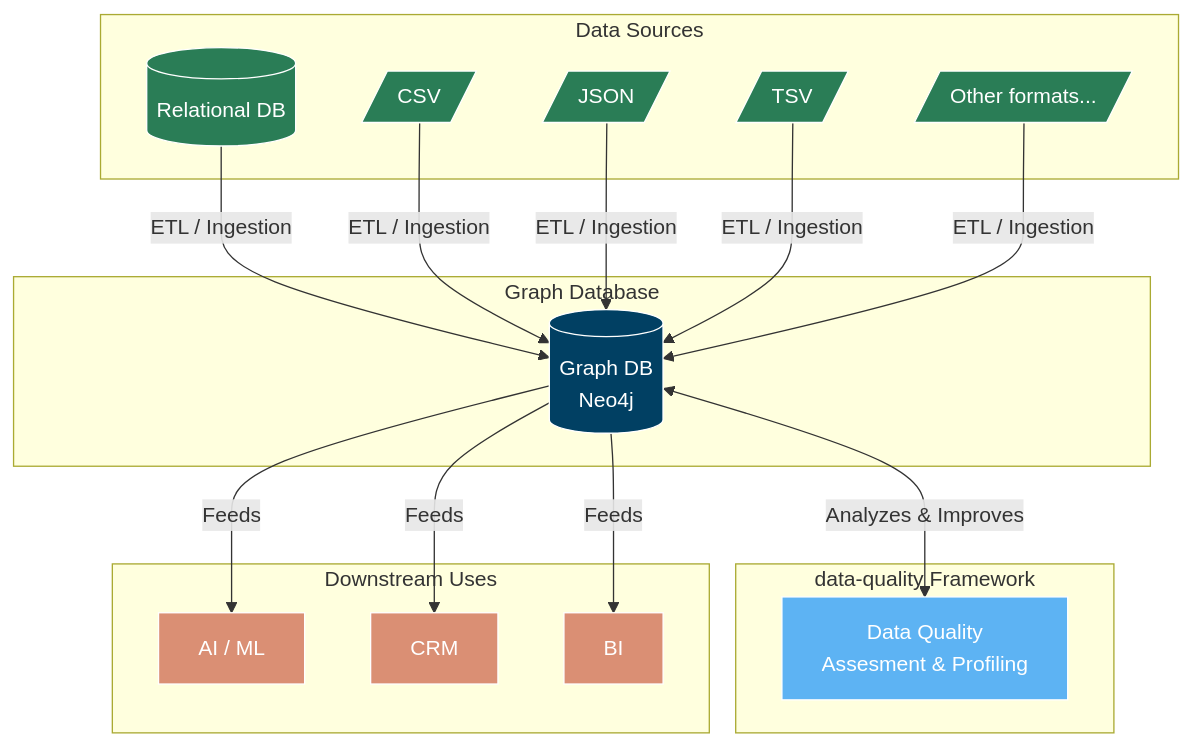
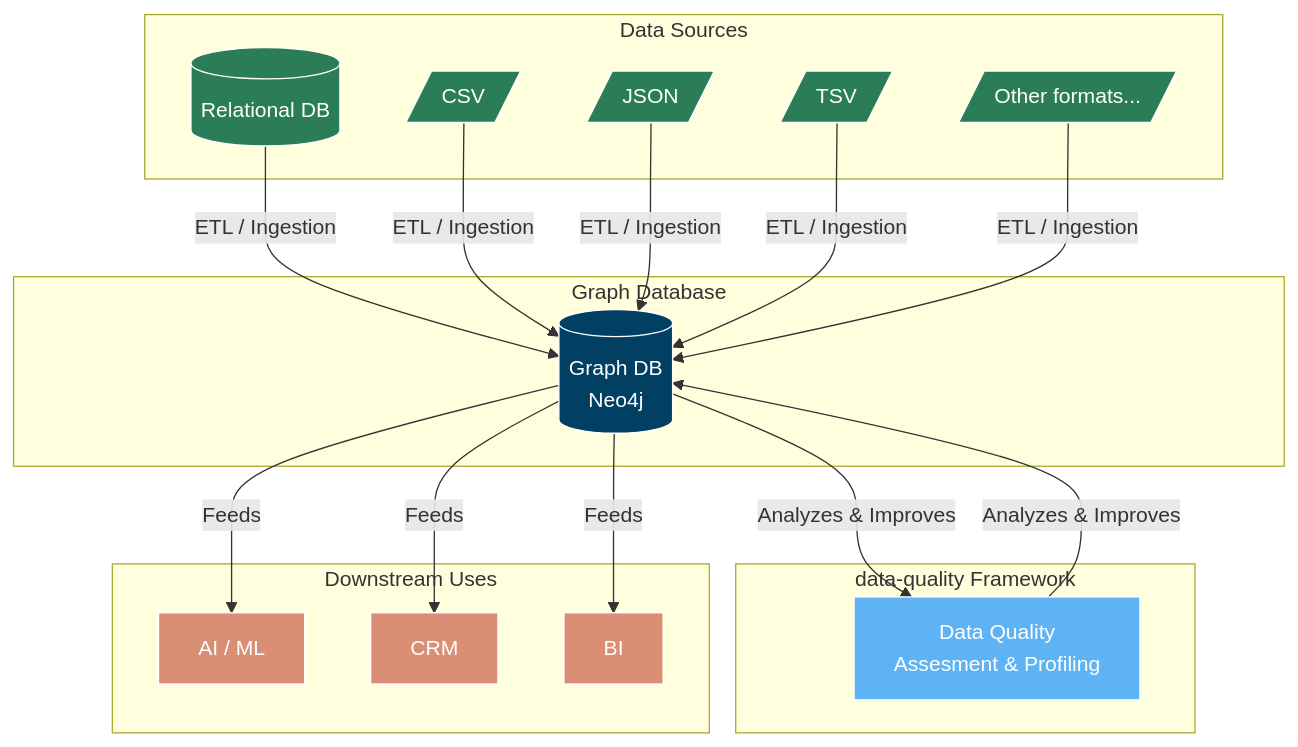
The diagram in README.md (LugolBis/data-quality), drawn with Mermaid before and after one commit.

````diff
--- a/README.md
+++ b/README.md
@@ -6,49 +6,50 @@
 ```mermaid
 flowchart TD
     subgraph SOURCES["Data Sources"]
         DB[(Relational DB)]
         CSV[/CSV/]
         JSON[/JSON/]
         TSV[/TSV/]
         OTHER[/Other formats.../]
     end
 
     subgraph GRAPH["Graph Database"]
         NEO4J[(Graph DB\nNeo4j)]
     end
 
     subgraph FRAMEWORK["data-quality Framework"]
         DQ[Data Quality\nAssesment & Profiling]
     end
 
     subgraph USAGES["Downstream Uses"]
         AI[AI / ML]
         CRM[CRM]
         BI[BI]
     end
 
     DB -->|ETL / Ingestion| NEO4J
     CSV -->|ETL / Ingestion| NEO4J
     JSON -->|ETL / Ingestion| NEO4J
     TSV -->|ETL / Ingestion| NEO4J
     OTHER -->|ETL / Ingestion| NEO4J
 
-    NEO4J <-->|Analyzes & Improves| DQ
+    NEO4J -->|Analyzes & Improves| DQ
+    DQ -->|Analyzes & Improves| NEO4J
 
     NEO4J -->|Feeds| AI
     NEO4J -->|Feeds| CRM
     NEO4J -->|Feeds| BI
     
     style DB fill:#2a7d56,stroke:#ffffff,color:#ffffff,stroke-width:1px
     style CSV fill:#2a7d56,stroke:#ffffff,color:#ffffff,stroke-width:1px
     style JSON fill:#2a7d56,stroke:#ffffff,color:#ffffff,stroke-width:1px
     style TSV fill:#2a7d56,stroke:#ffffff,color:#ffffff,stroke-width:1px
     style OTHER fill:#2a7d56,stroke:#ffffff,color:#ffffff,stroke-width:1px
 
     style AI fill:#da8f74,stroke:#ffffff,color:#ffffff,stroke-width:1px
     style BI fill:#da8f74,stroke:#ffffff,color:#ffffff,stroke-width:1px
     style CRM fill:#da8f74,stroke:#ffffff,color:#ffffff,stroke-width:1px
 
     style NEO4J fill:#014063,stroke:#ffffff,color:#ffffff,stroke-width:1px
     style DQ fill:#5db3f3,stroke:#ffffff,color:#ffffff,stroke-width:1px
 ```
````
